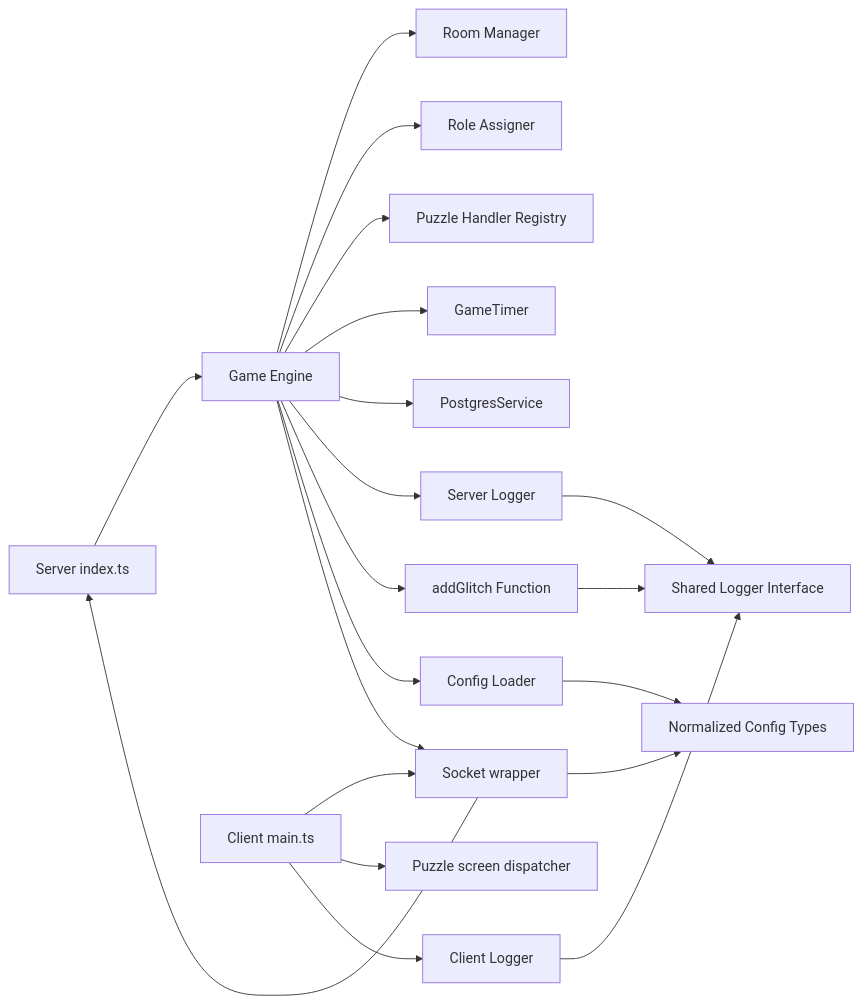
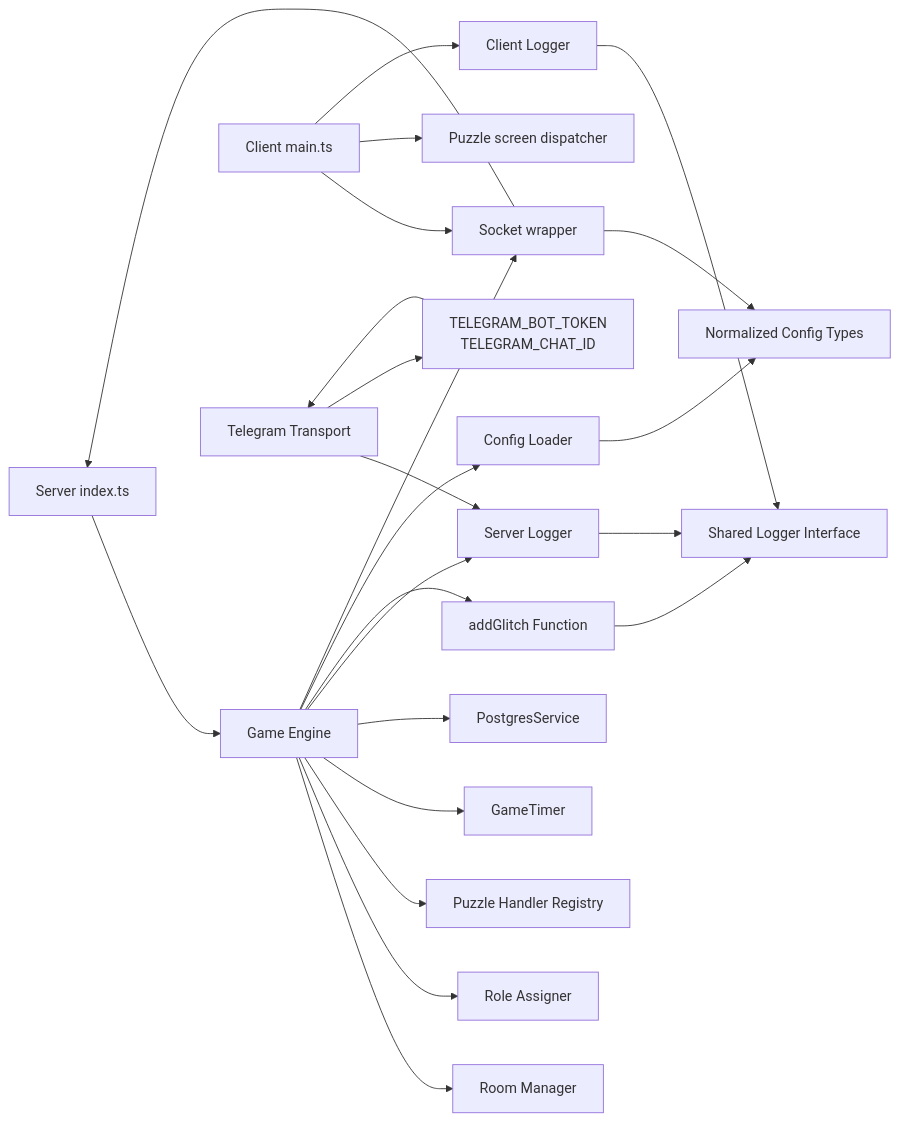
One commit to dkoukoul/escape-room-mvp changed the fifth of 5 diagrams in .qoder/repowiki/en/content/Game Engine.md. Above: the diagram before and after it, drawn with Mermaid. The commit also changed other lines of this file and 3 other files, not shown here.

````diff
--- a/.qoder/repowiki/en/content/Game Engine.md
+++ b/.qoder/repowiki/en/content/Game Engine.md
@@ -576,22 +622,25 @@
 ```mermaid
 graph LR
 SI["Server index.ts"] --> GE["Game Engine"]
 GE --> RM["Room Manager"]
 GE --> RA["Role Assigner"]
 GE --> TH["Puzzle Handler Registry"]
 GE --> TM["GameTimer"]
 GE --> PG["PostgresService"]
 GE --> SL["Server Logger"]
 GE --> AG["addGlitch Function"]
 GE --> CLD["Config Loader"]
 GE --> CS["calculateScore Function"]
 CM["Client main.ts"] --> CS["Socket wrapper"]
 CS --> SI
 CM --> CP["Puzzle screen dispatcher"]
 CM --> CL["Client Logger"]
 CL --> SHL["Shared Logger Interface"]
 SL --> SHL
 AG --> SHL
 CS --> ST["LevelConfig.timer_seconds"]
 CLD --> ST["Normalized Config Types"]
+TL["Telegram Transport"] --> SL
+TL --> ENV["TELEGRAM_BOT_TOKEN<br/>TELEGRAM_CHAT_ID"]
+ENV --> TL
 ```
````
